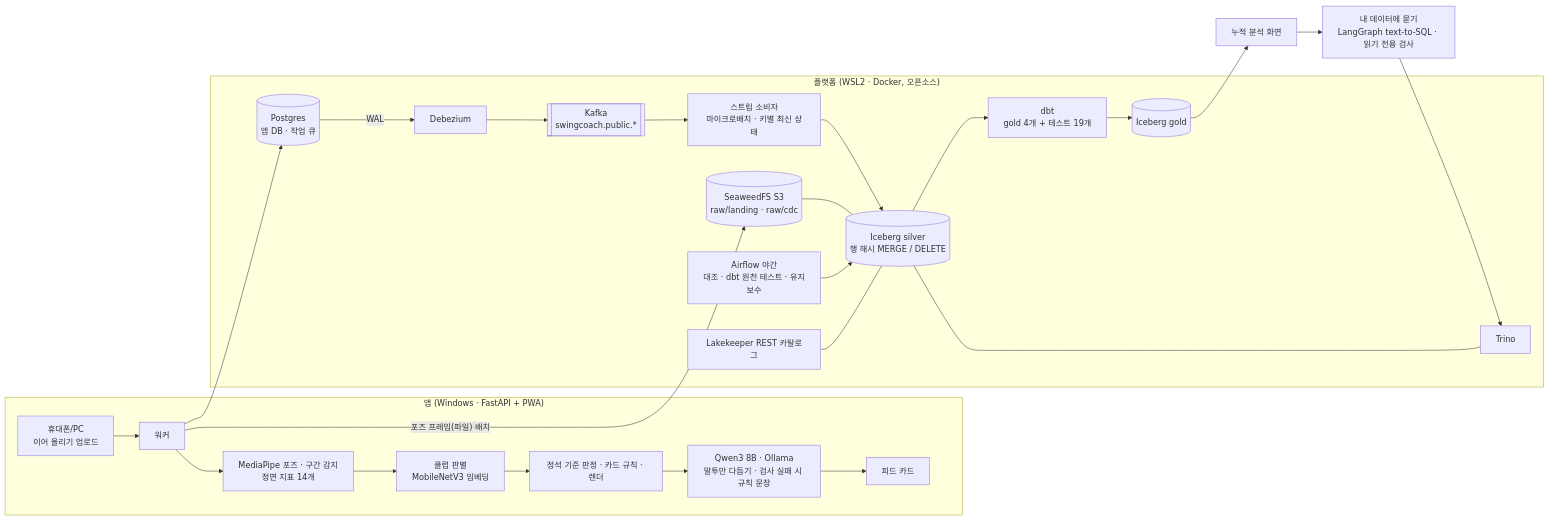
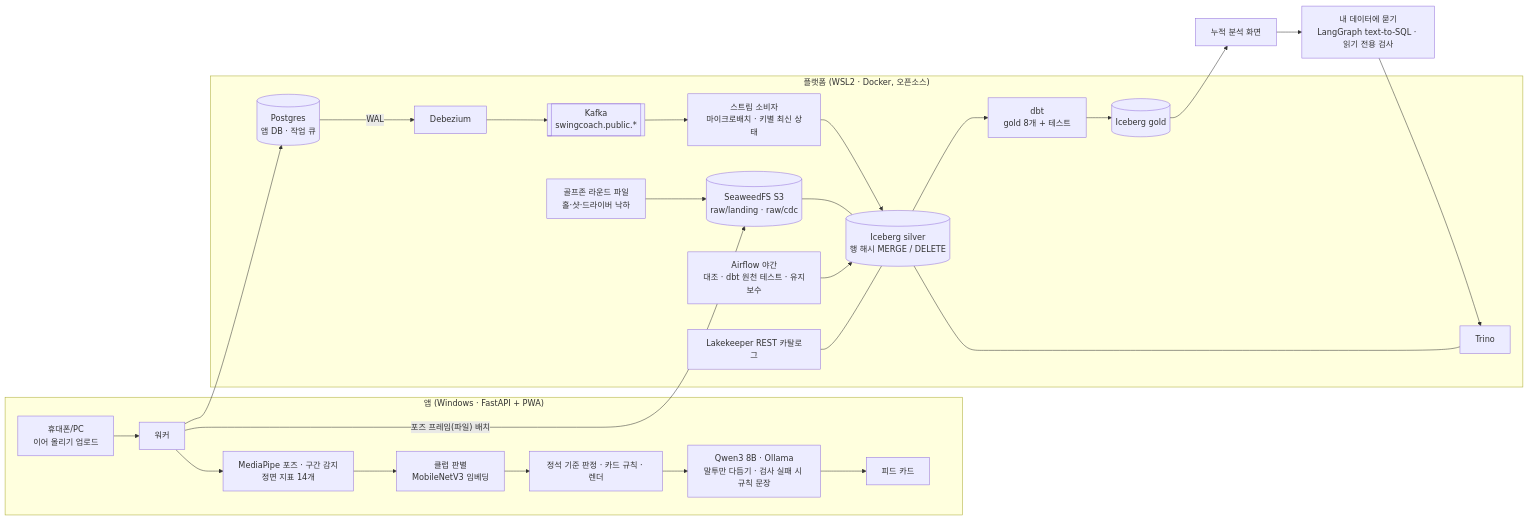
Before and after one commit to cgejej-cloud/swing-coach-lakehouse: the diagram in README.md, drawn with Mermaid. The commit also changed other lines of this file and 28 other files, not shown here.

````diff
--- a/README.md
+++ b/README.md
@@ -13,28 +13,29 @@
 ```mermaid
 flowchart LR
   subgraph App["앱 (Windows · FastAPI + PWA)"]
     U[휴대폰/PC<br/>이어 올리기 업로드] --> W[워커]
     W --> P[MediaPipe 포즈 · 구간 감지<br/>정면 지표 14개]
     P --> C[클럽 판별<br/>MobileNetV3 임베딩]
     C --> K[정석 기준 판정 · 카드 규칙 · 렌더]
     K --> LM[Qwen3 8B · Ollama<br/>말투만 다듬기 · 검사 실패 시 규칙 문장]
     LM --> F[피드 카드]
   end
   subgraph Platform["플랫폼 (WSL2 · Docker, 오픈소스)"]
     PG[(Postgres<br/>앱 DB · 작업 큐)] -- WAL --> DZ[Debezium]
     DZ --> KF[[Kafka<br/>swingcoach.public.*]]
     KF --> ST[스트림 소비자<br/>마이크로배치 · 키별 최신 상태]
     ST --> S[(Iceberg silver<br/>행 해시 MERGE / DELETE)]
     L[(SeaweedFS S3<br/>raw/landing · raw/cdc)] --- S
-    S --> DBT[dbt<br/>gold 4개 + 테스트 19개]
+    GZ[골프존 라운드 파일<br/>홀·샷·드라이버 낙하] --> L
+    S --> DBT[dbt<br/>gold 8개 + 테스트]
     DBT --> G[(Iceberg gold)]
     AF[Airflow 야간<br/>대조 · dbt 원천 테스트 · 유지보수] --> S
     LK[Lakekeeper REST 카탈로그] --- S
     TR[Trino] --- S
   end
   W --> PG
   W -- 포즈 프레임(파일) 배치 --> L
   G --> I[누적 분석 화면]
   I --> AG[내 데이터에 묻기<br/>LangGraph text-to-SQL · 읽기 전용 검사]
   AG --> TR
 ```
````
